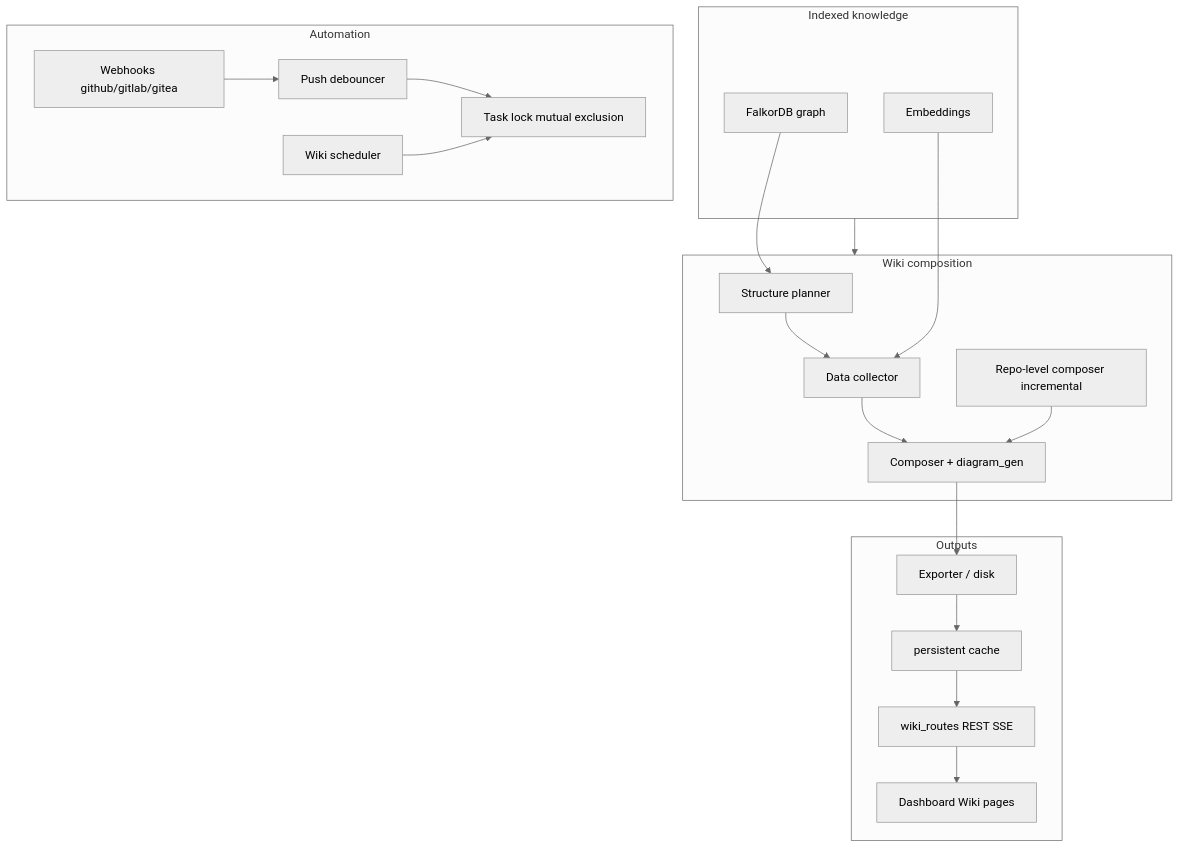
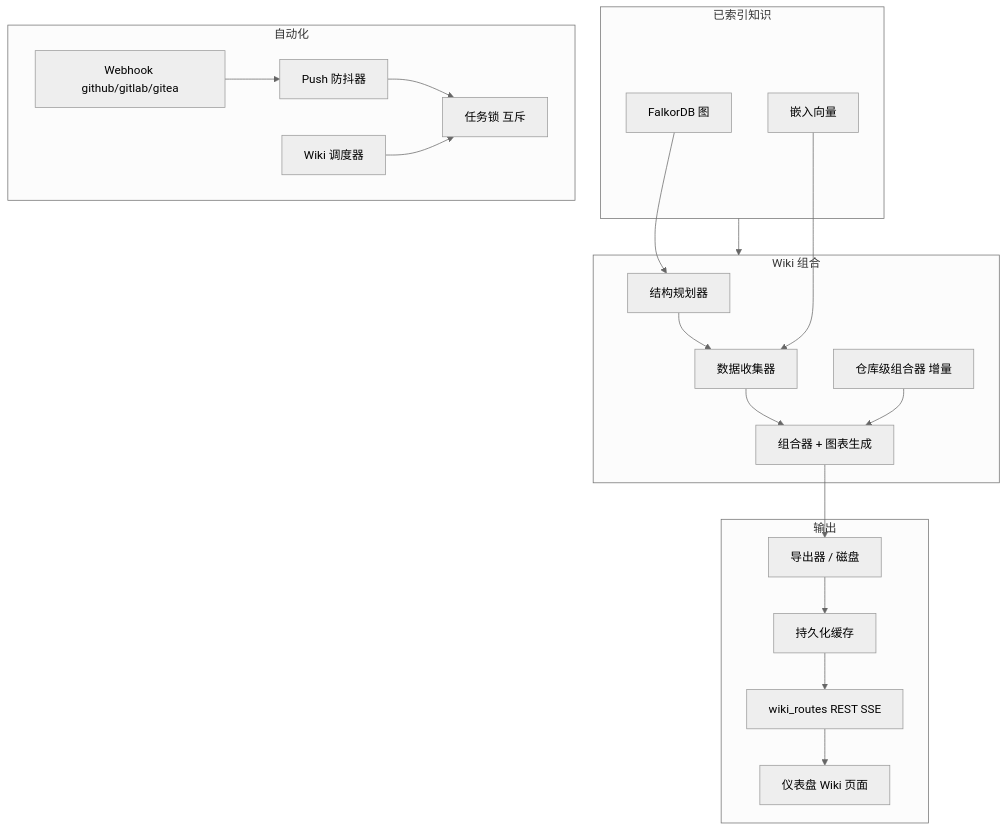
Before and after one commit to EarthChen/knowledge-base-service: the first of 2 diagrams in docs/wiki-generation-architecture.md, drawn with Mermaid (neutral theme). The commit also changed other lines of this file and 7 other files, not shown here.

````diff
--- a/docs/wiki-generation-architecture.md
+++ b/docs/wiki-generation-architecture.md
@@ -13,36 +13,36 @@
 ```mermaid
 flowchart TB
-  subgraph ingest [Indexed knowledge]
-    G[FalkorDB graph]
-    V[Embeddings]
+  subgraph ingest [已索引知识]
+    G[FalkorDB 图]
+    V[嵌入向量]
   end
 
-  subgraph compose [Wiki composition]
-    SP[Structure planner]
-    DC[Data collector]
-    WC[Composer + diagram_gen]
-    RC[Repo-level composer incremental]
+  subgraph compose [Wiki 组合]
+    SP[结构规划器]
+    DC[数据收集器]
+    WC[组合器 + 图表生成]
+    RC[仓库级组合器 增量]
   end
 
-  subgraph automate [Automation]
-    WH[Webhooks github/gitlab/gitea]
-    PD[Push debouncer]
-    WS[Wiki scheduler]
-    TL[Task lock mutual exclusion]
+  subgraph automate [自动化]
+    WH[Webhook github/gitlab/gitea]
+    PD[Push 防抖器]
+    WS[Wiki 调度器]
+    TL[任务锁 互斥]
   end
 
-  subgraph out [Outputs]
-    EX[Exporter / disk]
-    CACHE[persistent cache]
+  subgraph out [输出]
+    EX[导出器 / 磁盘]
+    CACHE[持久化缓存]
     API[wiki_routes REST SSE]
-    UI[Dashboard Wiki pages]
+    UI[仪表盘 Wiki 页面]
   end
 
   G --> SP --> DC --> WC --> EX
   RC --> WC
   V --> DC
   ingest --> compose
   EX --> CACHE --> API --> UI
   WH --> PD --> TL
   WS --> TL
 ```
````
